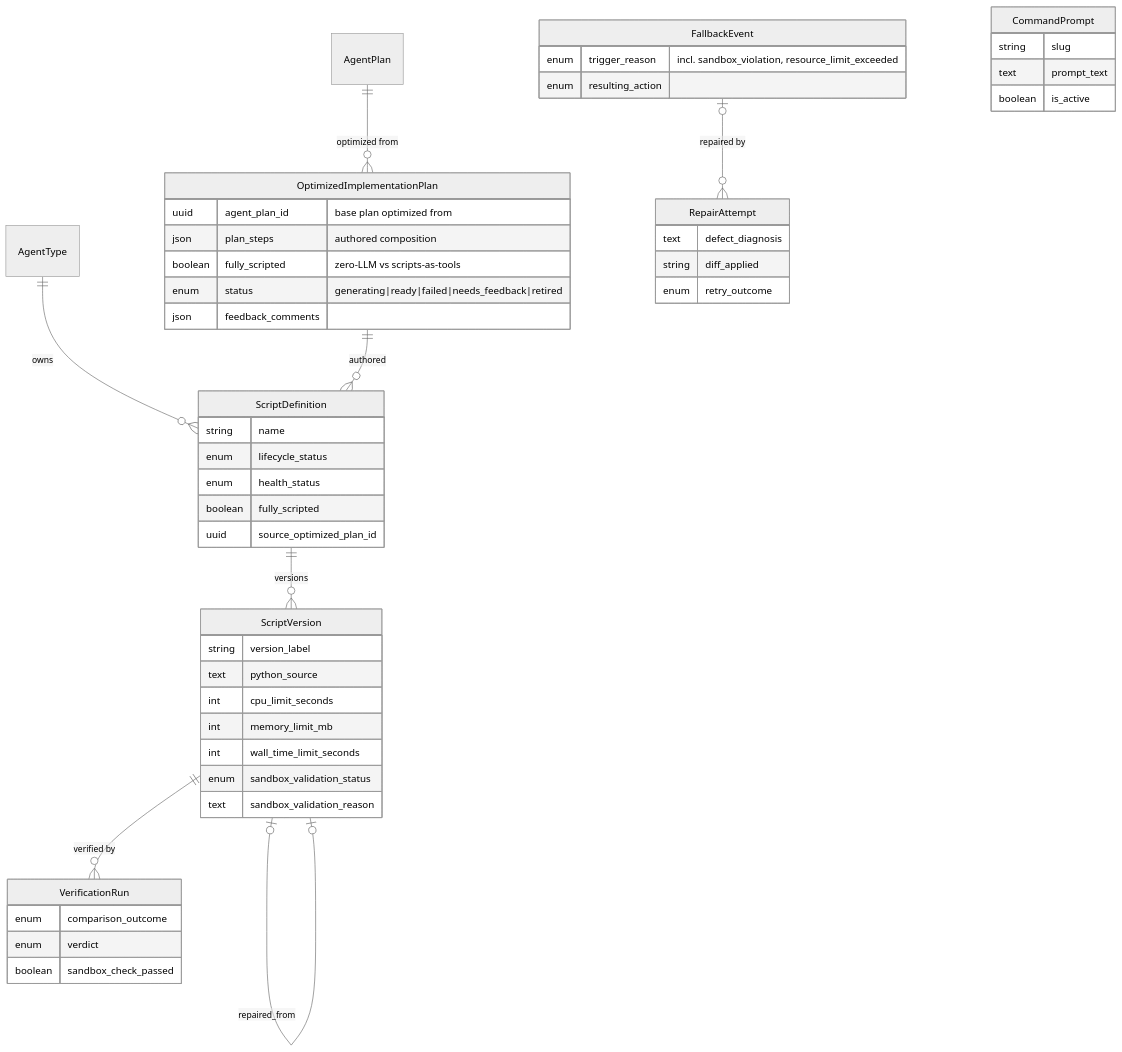
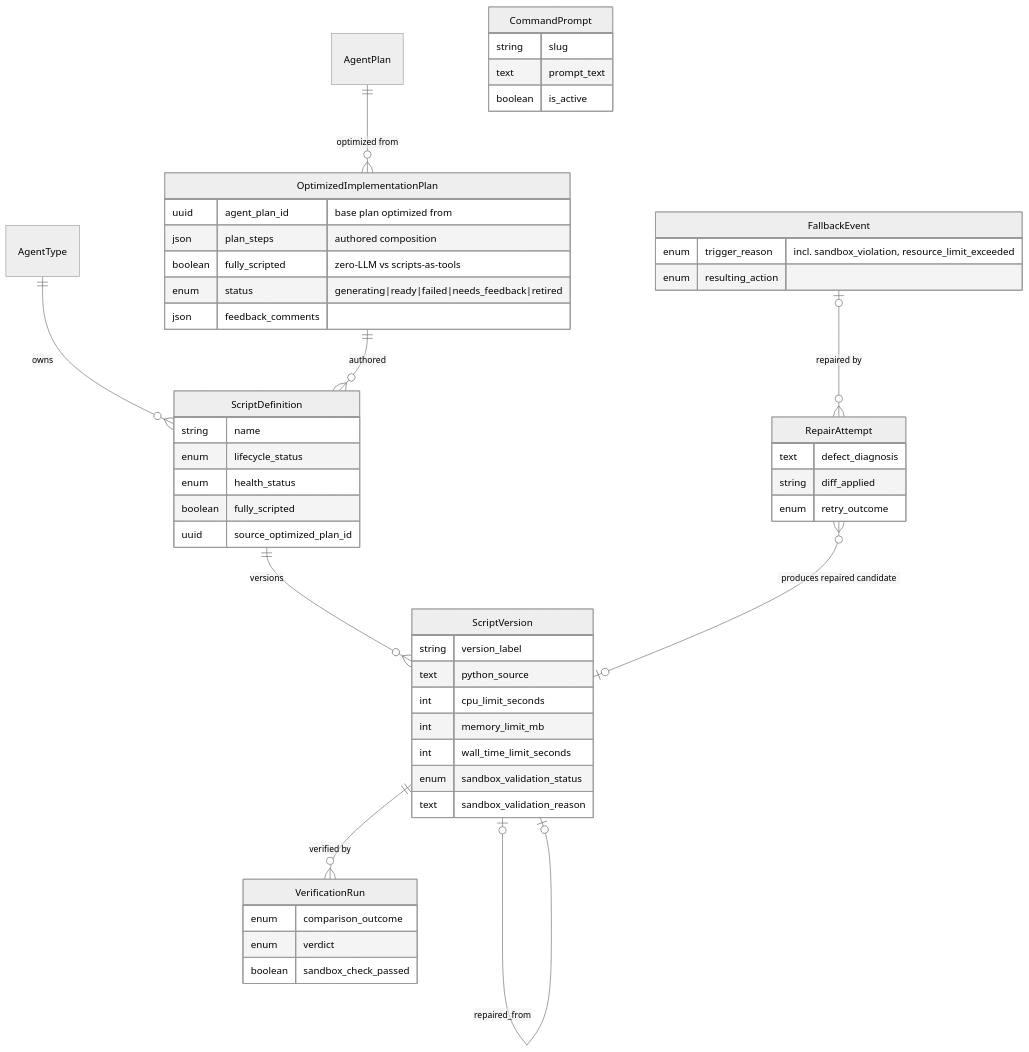
Before and after one commit to hurungang/parthenon: the third of 3 diagrams in docs/master/data-model/modules/agents/entities.md, drawn with Mermaid (neutral theme). The commit also changed other lines of this file and 181 other files, not shown here.

````diff
--- a/docs/master/data-model/modules/agents/entities.md
+++ b/docs/master/data-model/modules/agents/entities.md
@@ -475,52 +494,53 @@
 ```mermaid
 erDiagram
     AgentType ||--o{ ScriptDefinition : "owns"
     AgentPlan ||--o{ OptimizedImplementationPlan : "optimized from"
     OptimizedImplementationPlan ||--o{ ScriptDefinition : "authored"
     ScriptDefinition ||--o{ ScriptVersion : "versions"
     ScriptVersion ||--o{ VerificationRun : "verified by"
     ScriptVersion |o--o| ScriptVersion : "repaired_from"
     FallbackEvent |o--o{ RepairAttempt : "repaired by"
+    RepairAttempt }o--o| ScriptVersion : "produces repaired candidate"
     CommandPrompt {
         string slug
         text prompt_text
         boolean is_active
     }
     OptimizedImplementationPlan {
         uuid agent_plan_id "base plan optimized from"
         json plan_steps "authored composition"
         boolean fully_scripted "zero-LLM vs scripts-as-tools"
         enum status "generating|ready|failed|needs_feedback|retired"
         json feedback_comments
     }
     ScriptDefinition {
         string name
         enum lifecycle_status
         enum health_status
         boolean fully_scripted
         uuid source_optimized_plan_id
     }
     ScriptVersion {
         string version_label
         text python_source
         int cpu_limit_seconds
         int memory_limit_mb
         int wall_time_limit_seconds
         enum sandbox_validation_status
         text sandbox_validation_reason
     }
     VerificationRun {
         enum comparison_outcome
         enum verdict
         boolean sandbox_check_passed
     }
     FallbackEvent {
         enum trigger_reason "incl. sandbox_violation, resource_limit_exceeded"
         enum resulting_action
     }
     RepairAttempt {
         text defect_diagnosis
         string diff_applied
         enum retry_outcome
     }
 ```
````
